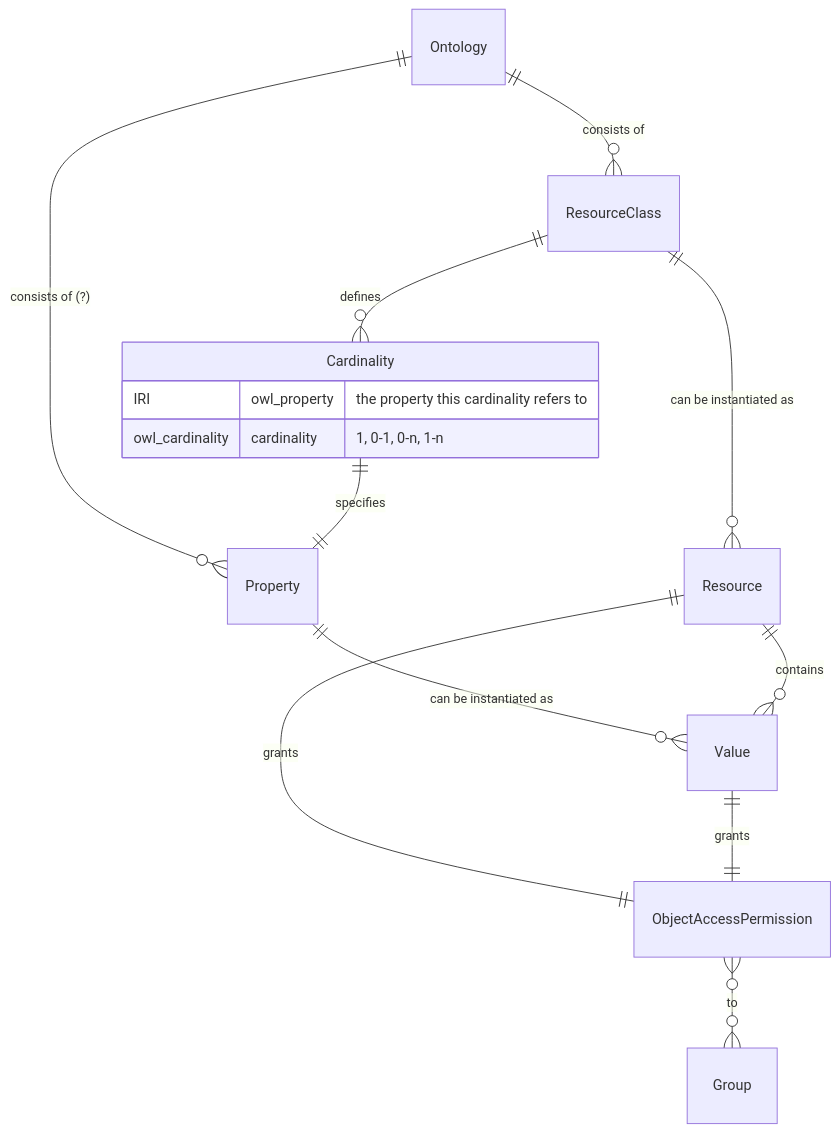
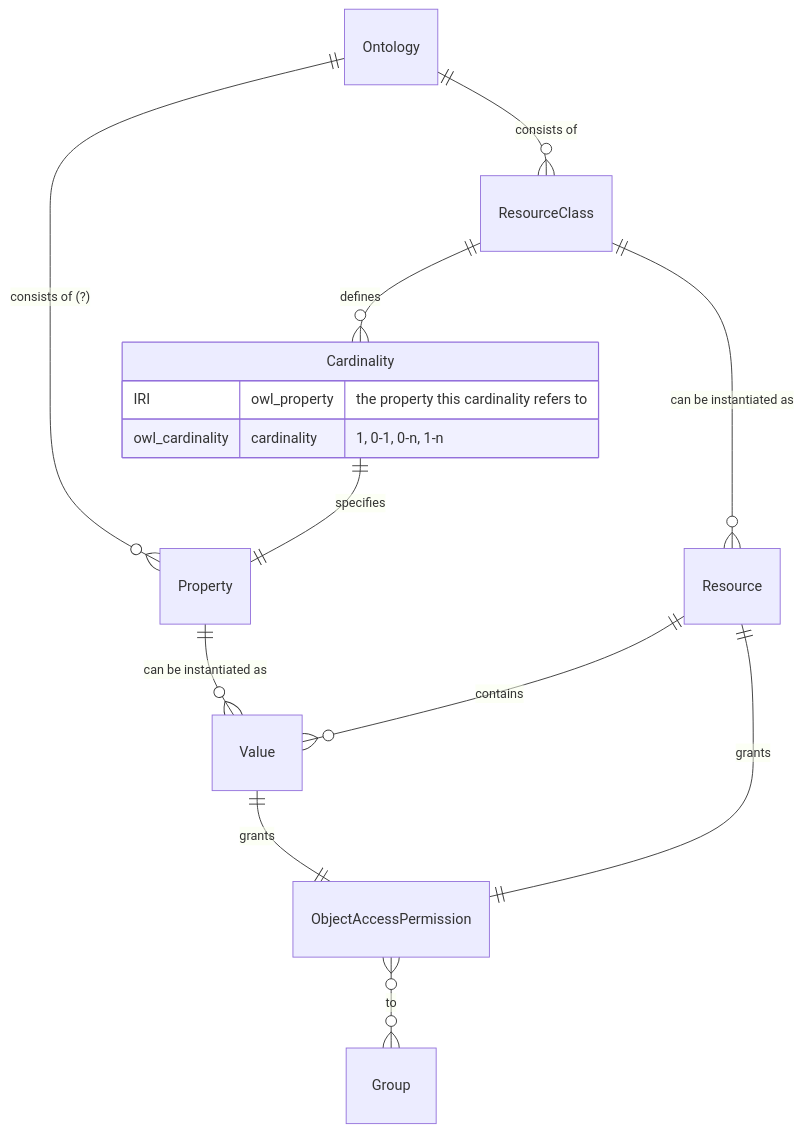
One commit to dasch-swiss/dsp-api changed the third of 3 diagrams in docs/architecture/docs/domain-model.md. Above: the diagram before and after it, drawn with Mermaid. The commit also changed other lines of this file, not shown here.

Commit message:
continue on diagrams

````diff
--- a/docs/architecture/docs/domain-model.md
+++ b/docs/architecture/docs/domain-model.md
@@ -68,26 +83,26 @@
 ```mermaid
 erDiagram
     %% Ontology
     Ontology
     ResourceClass
     Property
     Cardinality {
         IRI owl_property "the property this cardinality refers to"
         owl_cardinality cardinality "1, 0-1, 0-n, 1-n"
     }
     Ontology ||--o{ ResourceClass: "consists of"
     Ontology ||--o{ Property: "consists of (?)"
     ResourceClass ||--o{ Cardinality: defines
     Cardinality ||--|| Property: specifies
     
     %% Data
     Resource
     ResourceClass ||--o{ Resource: "can be instantiated as"
     Value
     Property ||--o{ Value: "can be instantiated as"
     Resource ||--o{ Value: contains
 
+    Value ||--|| ObjectAccessPermission: grants
     Resource ||--|| ObjectAccessPermission: grants
-    Value ||--|| ObjectAccessPermission: grants
     ObjectAccessPermission }o--o{ Group: "to"
 ```
````
